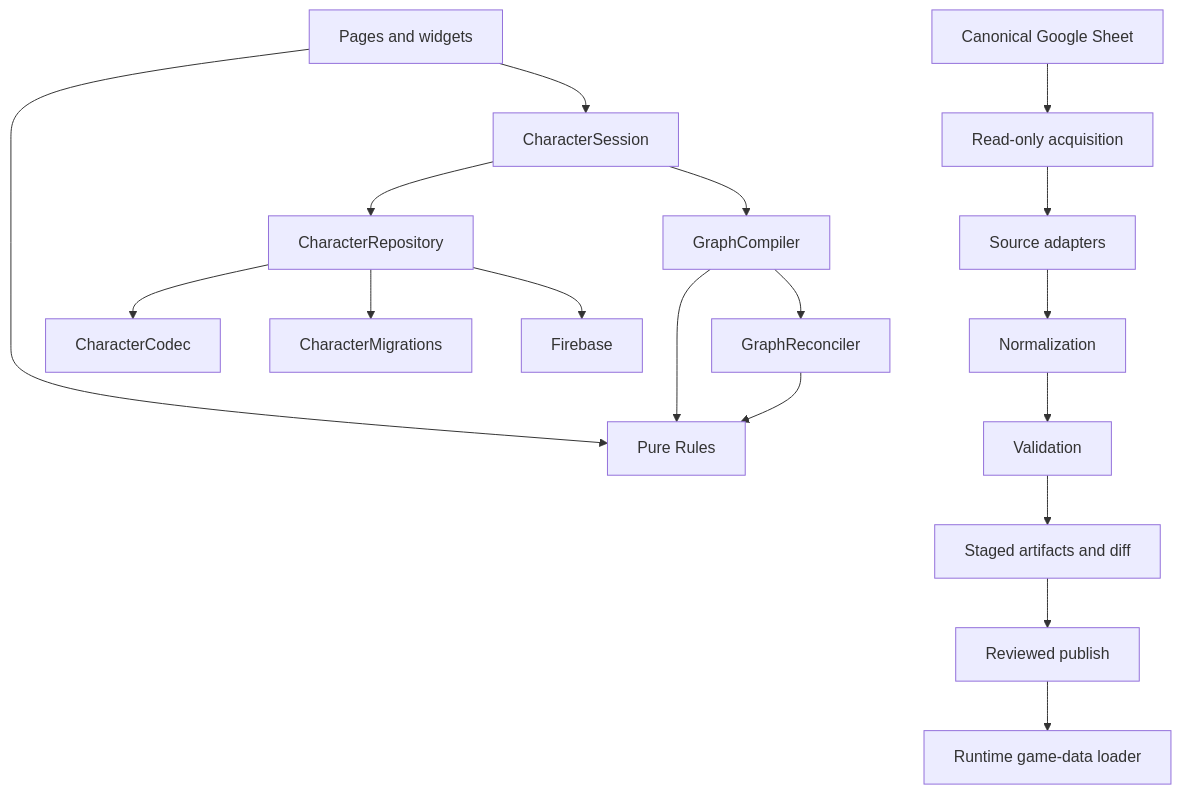
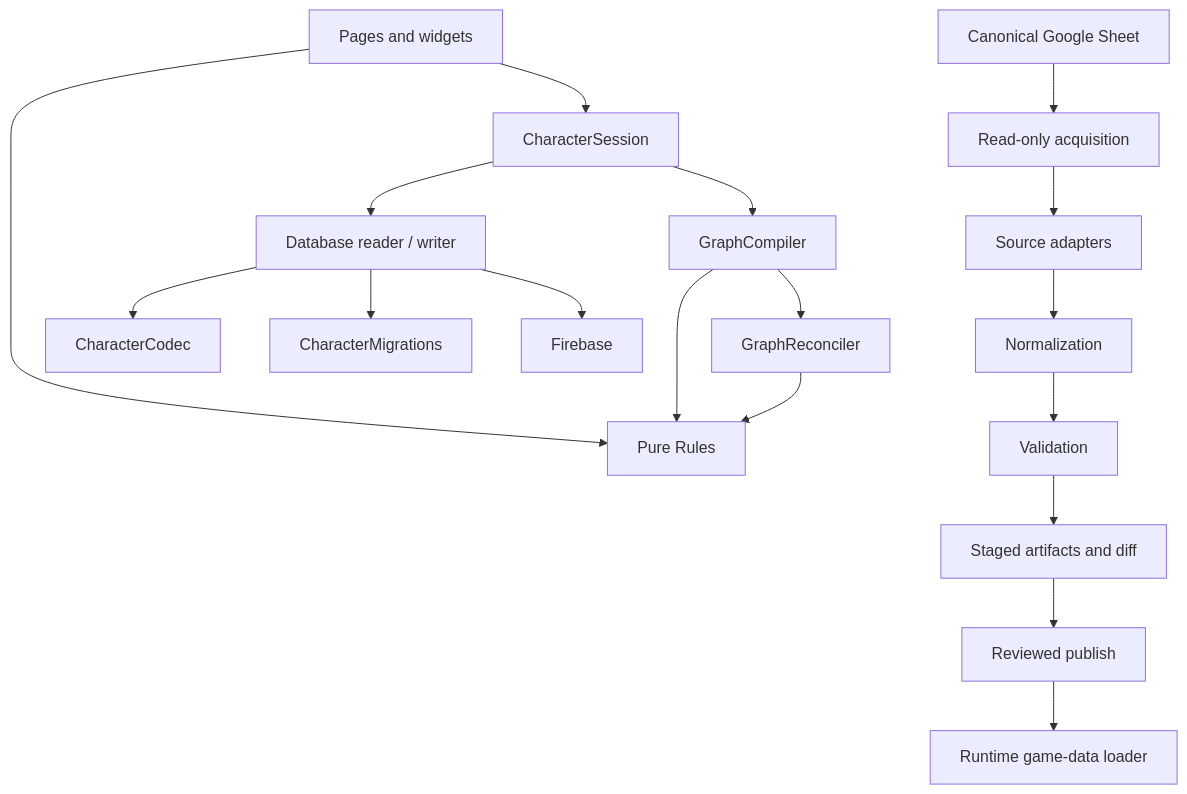
The first of 2 diagrams in docs/architecture.md (Cwalrus96/Game-X-Character-Builder), drawn with Mermaid before and after one commit. The commit also changed other lines of this file and 16 other files, not shown here.

Commit message:
Implement definitive character persistence boundary

````diff
--- a/docs/architecture.md
+++ b/docs/architecture.md
@@ -36,21 +36,21 @@
 ```mermaid
 flowchart TD
     Page["Pages and widgets"] --> Session["CharacterSession"]
     Page --> Rules["Pure Rules"]
     Session --> Compiler["GraphCompiler"]
     Compiler --> Reconciler["GraphReconciler"]
     Compiler --> Rules
     Reconciler --> Rules
-    Session --> Repository["CharacterRepository"]
-    Repository --> Codec["CharacterCodec"]
-    Repository --> Migrations["CharacterMigrations"]
-    Repository --> Firebase["Firebase"]
+    Session --> Persistence["Database reader / writer"]
+    Persistence --> Codec["CharacterCodec"]
+    Persistence --> Migrations["CharacterMigrations"]
+    Persistence --> Firebase["Firebase"]
 
     Sheet["Canonical Google Sheet"] --> Acquire["Read-only acquisition"]
     Acquire --> Adapt["Source adapters"]
     Adapt --> Normalize["Normalization"]
     Normalize --> Validate["Validation"]
     Validate --> Stage["Staged artifacts and diff"]
     Stage --> Publish["Reviewed publish"]
     Publish --> Runtime["Runtime game-data loader"]
 ```
````
